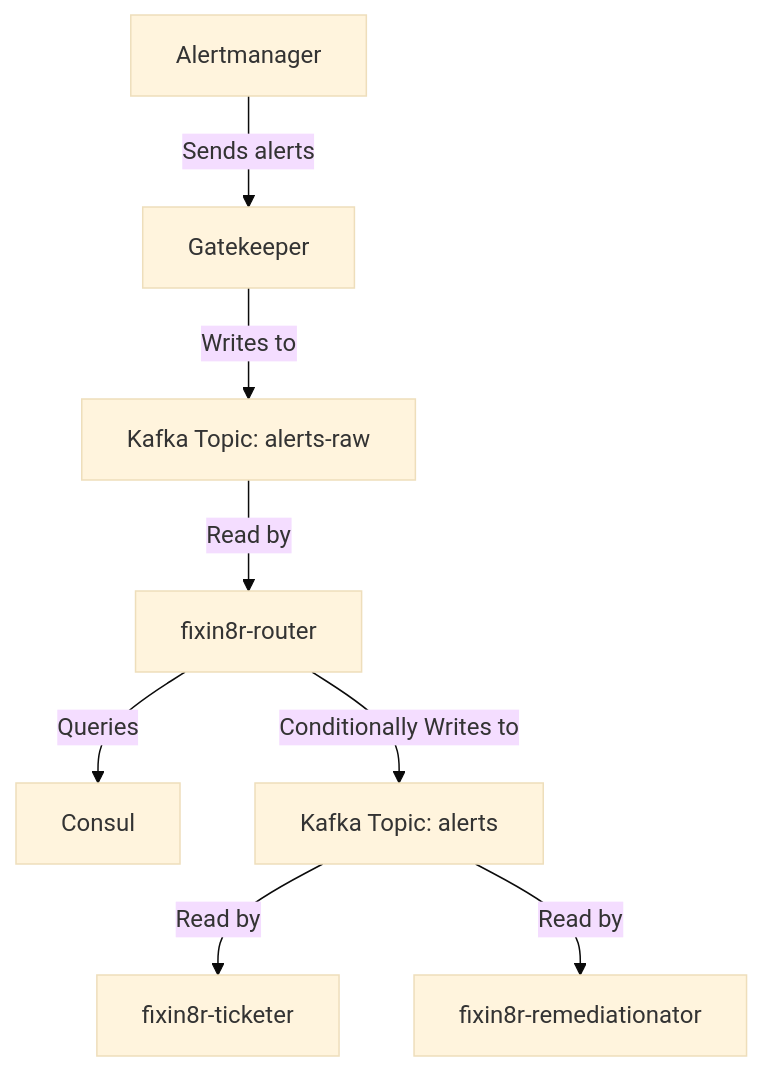
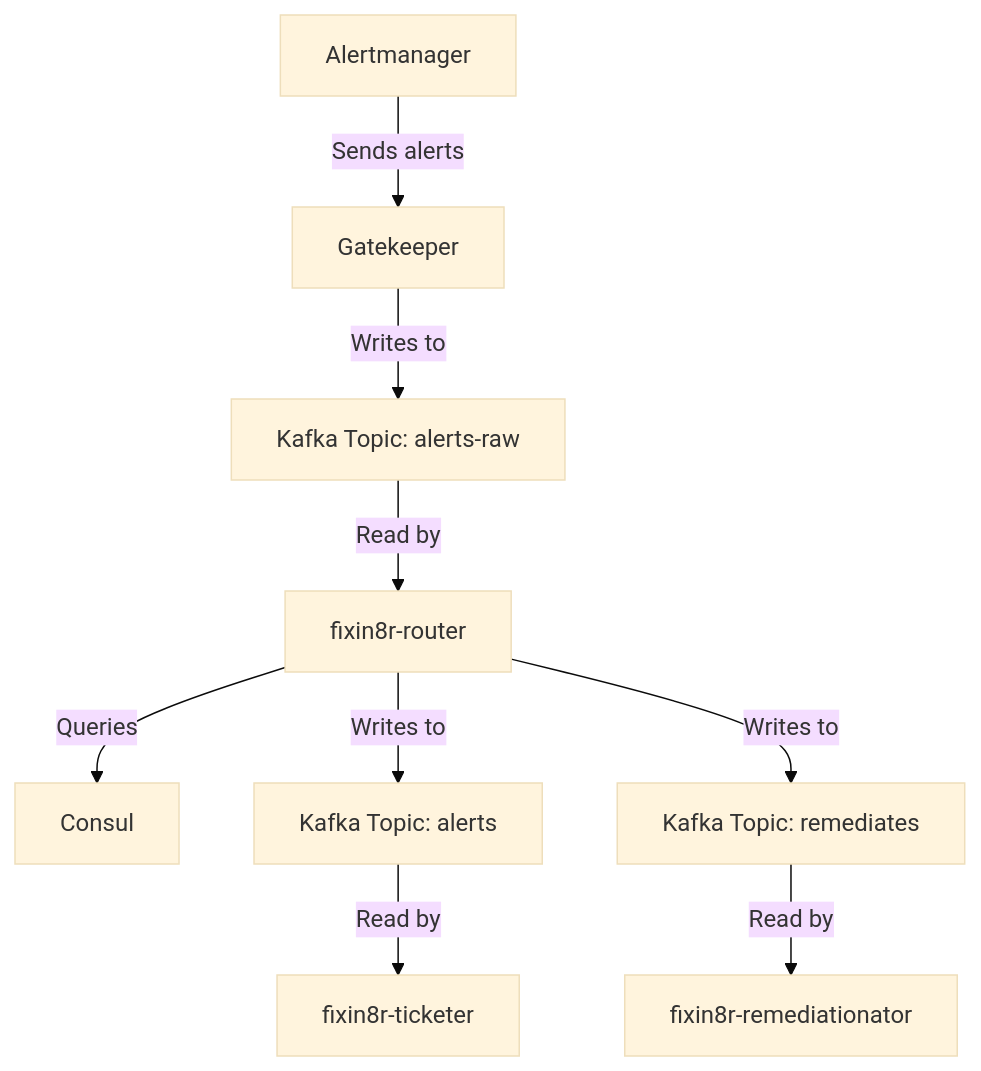
The diagram in README.md (tjtharrison/fixin8r-global), drawn with Mermaid (base theme) before and after one commit. The commit also changed other lines of this file, not shown here.

````diff
--- a/README.md
+++ b/README.md
@@ -7,10 +8,11 @@
 ```mermaid
 graph TD
     Alertmanager -->|Sends alerts| Gatekeeper
     Gatekeeper -->|Writes to| KafkaTopic["Kafka Topic: alerts-raw"]
     KafkaTopic -->|Read by| Router["fixin8r-router"]
     Router -->|Queries| Consul
-    Router -->|Conditionally Writes to| AlertsTopic["Kafka Topic: alerts"]
-    AlertsTopic -->|Read by| Remediationator["fixin8r-ticketer"]
-    AlertsTopic -->|Read by| Ticketer["fixin8r-remediationator"]
+    Router -->|Writes to| AlertsTopic["Kafka Topic: alerts"]
+    Router -->|Writes to| RemediatesTopic["Kafka Topic: remediates"]
+    AlertsTopic -->|Read by| Ticketer["fixin8r-ticketer"]
+    RemediatesTopic -->|Read by| Remediationator["fixin8r-remediationator"]
 ```
````
